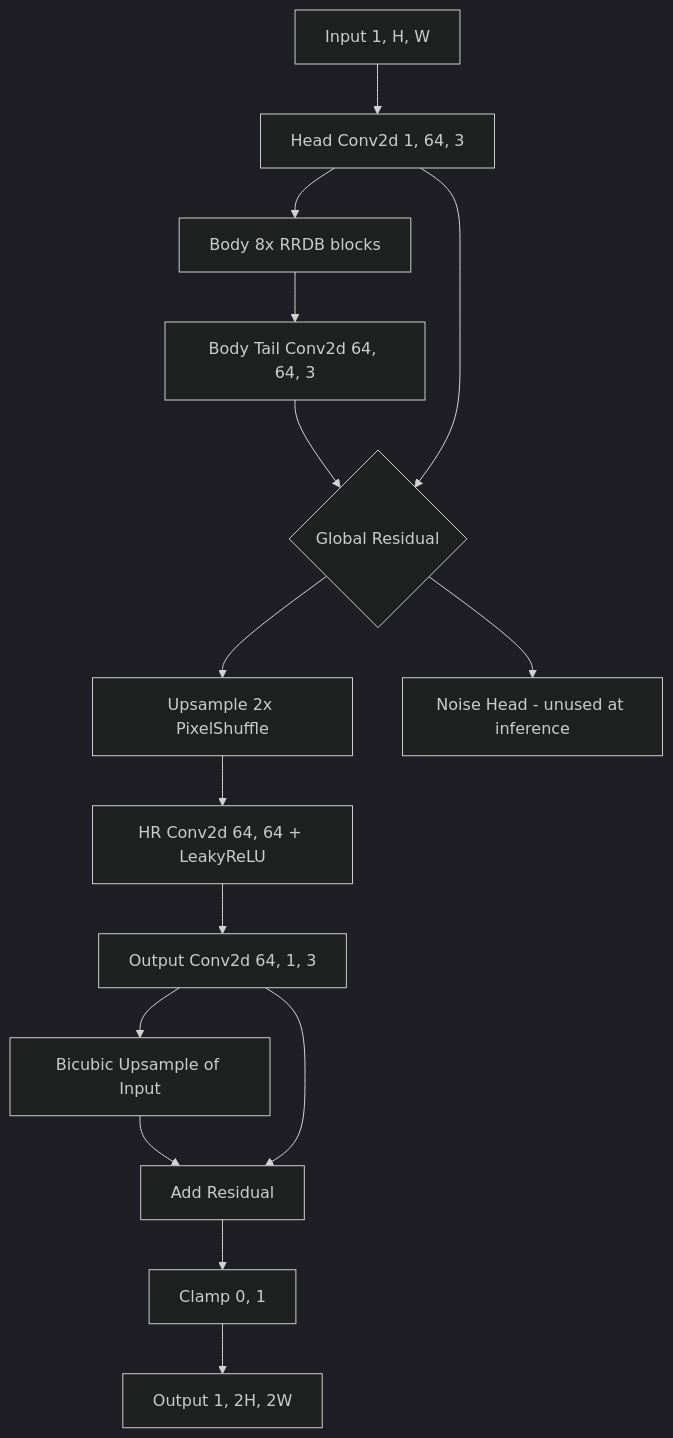
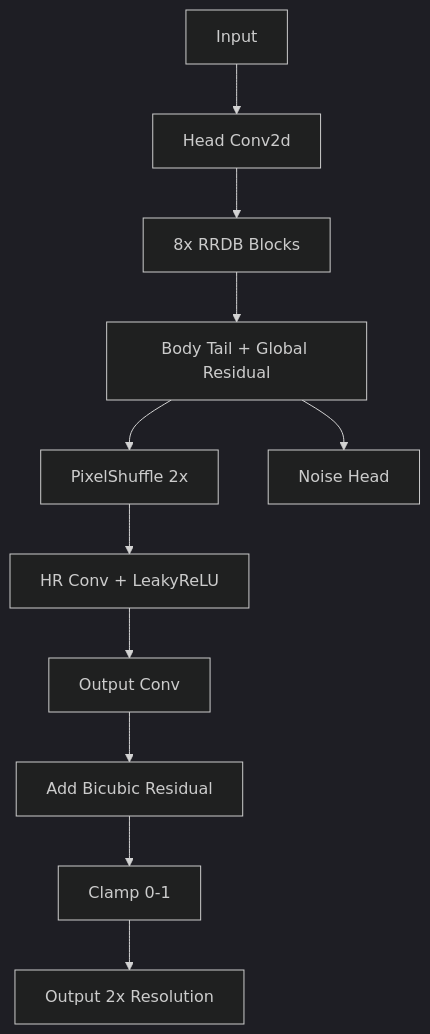
One commit to Codiosityy/ForsakenApex changed the second of 2 diagrams in README.md. Above: the diagram before and after it, drawn with Mermaid (dark theme). The commit also changed other lines of this file, not shown here.

Commit message:
Simplify Mermaid diagrams for cleaner rendering

````diff
--- a/README.md
+++ b/README.md
@@ -66,17 +60,13 @@
 ```mermaid
 flowchart TD
-    A[Input 1, H, W] --> B[Head Conv2d 1, 64, 3]
-    B --> C[Body 8x RRDB blocks]
-    C --> D[Body Tail Conv2d 64, 64, 3]
-    D --> E{Global Residual}
-    B --> E
-    E --> F[Upsample 2x PixelShuffle]
-    E --> G[Noise Head - unused at inference]
-    F --> H[HR Conv2d 64, 64 + LeakyReLU]
-    H --> I[Output Conv2d 64, 1, 3]
-    I --> J[Bicubic Upsample of Input]
-    J --> K[Add Residual]
-    I --> K
-    K --> L[Clamp 0, 1]
-    L --> M[Output 1, 2H, 2W]
+    A[Input] --> B[Head Conv2d]
+    B --> C[8x RRDB Blocks]
+    C --> D[Body Tail + Global Residual]
+    D --> E[PixelShuffle 2x]
+    D --> F[Noise Head]
+    E --> G[HR Conv + LeakyReLU]
+    G --> H[Output Conv]
+    H --> I[Add Bicubic Residual]
+    I --> J[Clamp 0-1]
+    J --> K[Output 2x Resolution]
 ```
````
